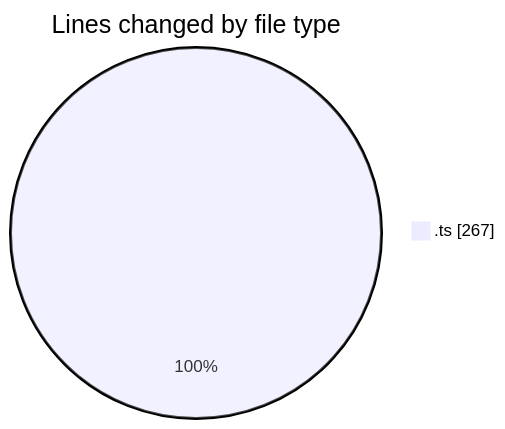
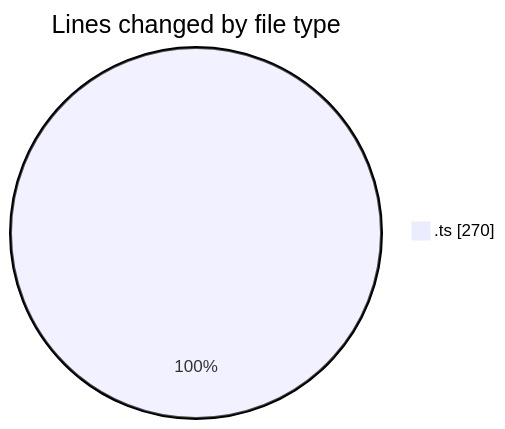
Before and after one commit to momahboobian/code-tracking: the first of 2 diagrams in 2026-08-03/broadcaster-playout-dashboard/README.md, drawn with Mermaid. The commit also changed other lines of this file and 1 other file, not shown here.

````diff
--- a/2026-08-03/broadcaster-playout-dashboard/README.md
+++ b/2026-08-03/broadcaster-playout-dashboard/README.md
@@ -22,5 +22,5 @@
 ```mermaid
 pie showData
 title Lines changed by file type
-".ts" : 267
+".ts" : 270
 ```
````
